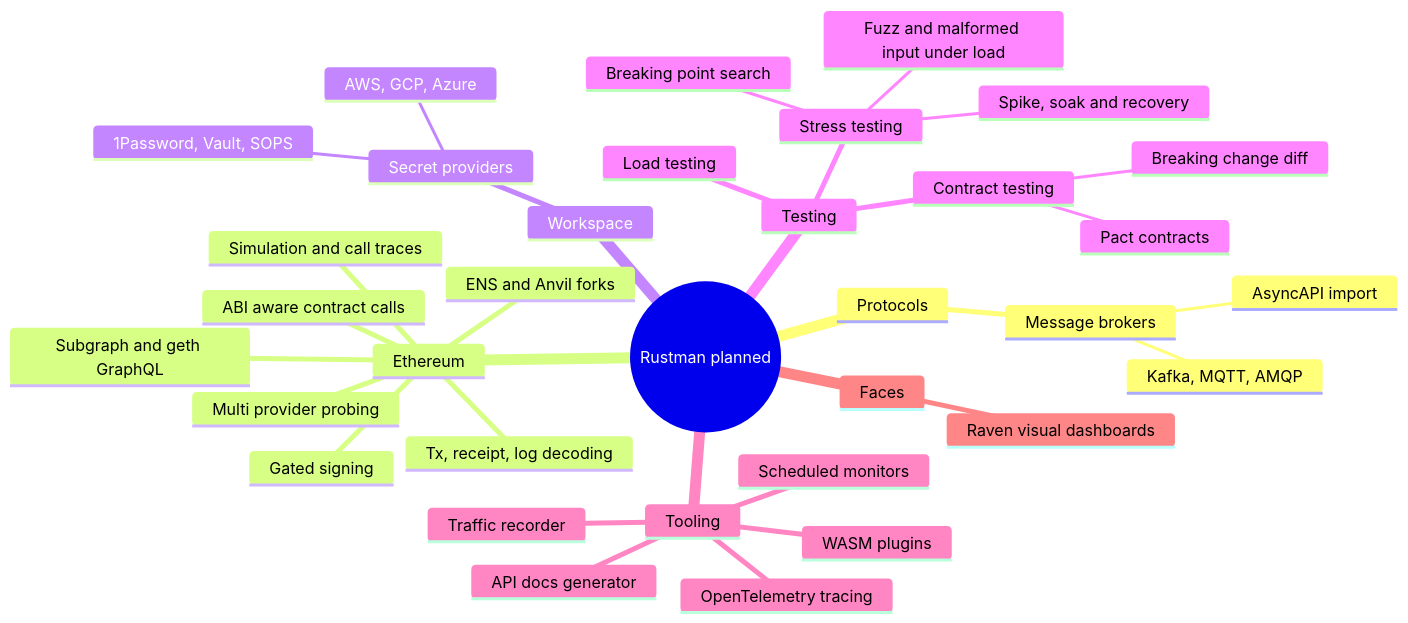
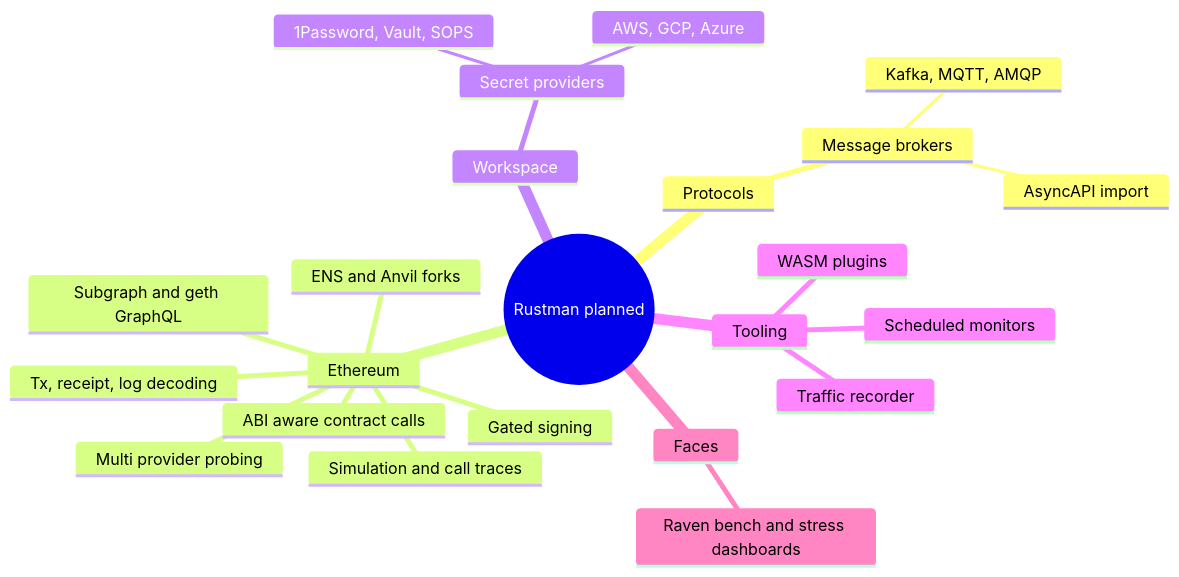
Before and after one commit to CyberdyneCorp/rustman: the second of 3 diagrams in README.md, drawn with Mermaid. The commit also changed other lines of this file and 2 other files, not shown here.

First line of the commit message:
README and roadmap: v0.6 done, v0.7 in progress

````diff
--- a/README.md
+++ b/README.md
@@ -120,37 +133,26 @@
 ```mermaid
 mindmap
   root((Rustman planned))
     Protocols
       Message brokers
         Kafka, MQTT, AMQP
         AsyncAPI import
     Ethereum
       ABI aware contract calls
       Tx, receipt, log decoding
       Simulation and call traces
       ENS and Anvil forks
       Gated signing
       Multi provider probing
       Subgraph and geth GraphQL
     Workspace
       Secret providers
         1Password, Vault, SOPS
         AWS, GCP, Azure
-    Testing
-      Load testing
-      Stress testing
-        Breaking point search
-        Fuzz and malformed input under load
-        Spike, soak and recovery
-      Contract testing
-        Breaking change diff
-        Pact contracts
     Tooling
       Traffic recorder
       Scheduled monitors
-      API docs generator
-      OpenTelemetry tracing
       WASM plugins
     Faces
-      Raven visual dashboards
+      Raven bench and stress dashboards
 ```
````
